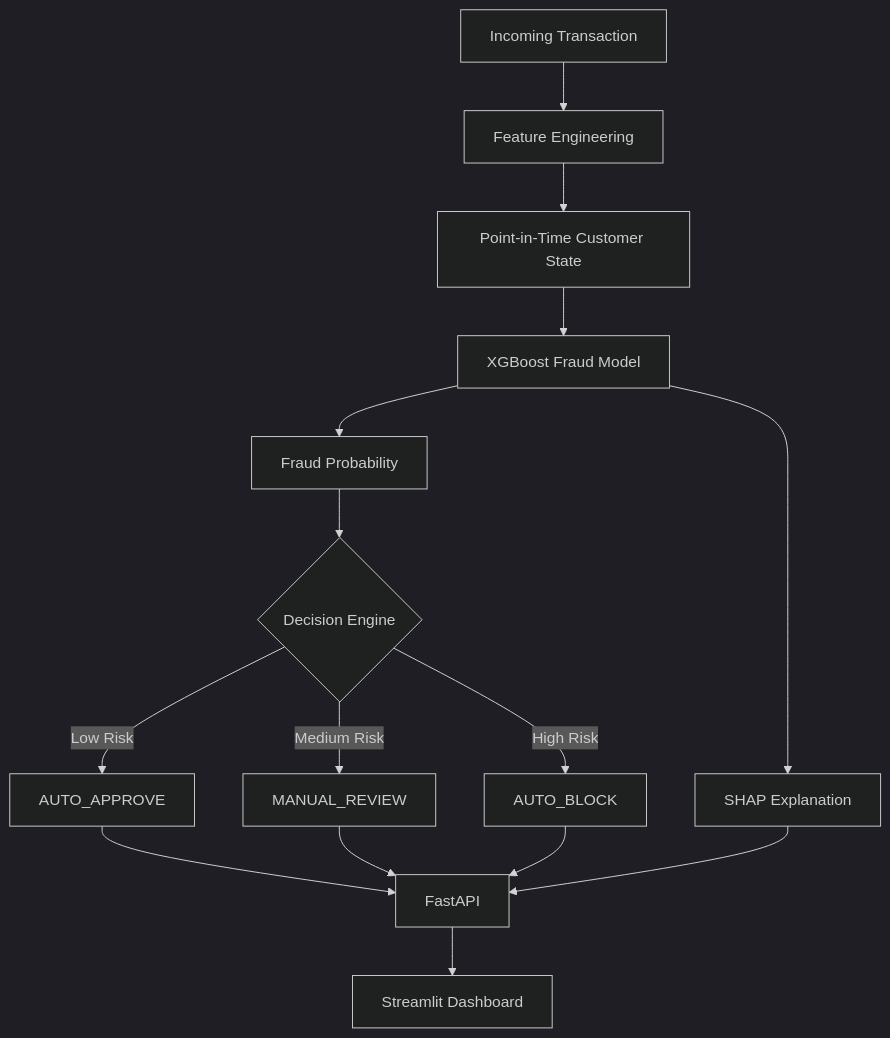
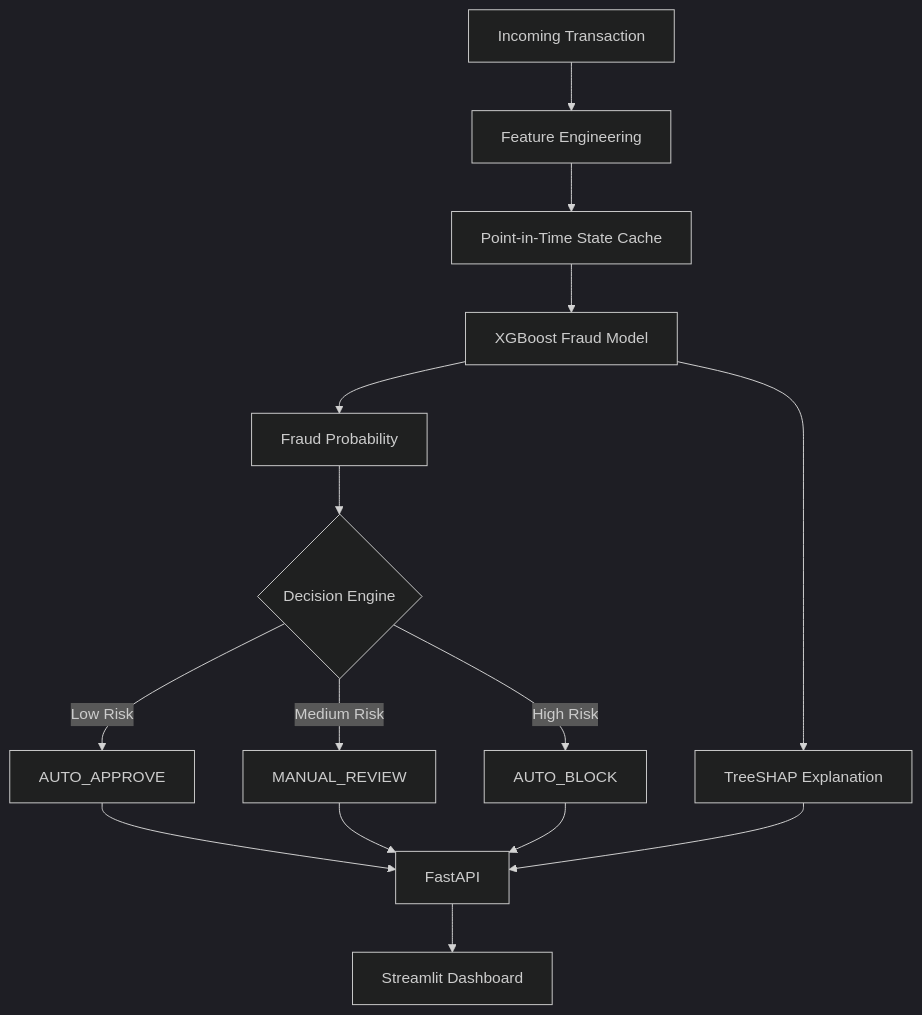
One commit to Aparnaprabu/fraud-detection-system changed the diagram in README.md. Above: the diagram before and after it, drawn with Mermaid (dark theme). The commit also changed other lines of this file and 4 other files, not shown here.

````diff
--- a/README.md
+++ b/README.md
@@ -73,17 +213,21 @@
 ```mermaid
 flowchart TD
     A[Incoming Transaction] --> B[Feature Engineering]
-    B --> C[Point-in-Time Customer State]
+    B --> C[Point-in-Time State Cache]
     C --> D[XGBoost Fraud Model]
     D --> E[Fraud Probability]
     E --> F{Decision Engine}
+
     F -->|Low Risk| G[AUTO_APPROVE]
     F -->|Medium Risk| H[MANUAL_REVIEW]
     F -->|High Risk| I[AUTO_BLOCK]
-    D --> J[SHAP Explanation]
+
+    D --> J[TreeSHAP Explanation]
+
     G --> K[FastAPI]
     H --> K
     I --> K
     J --> K
+
     K --> L[Streamlit Dashboard]
 ```
````
